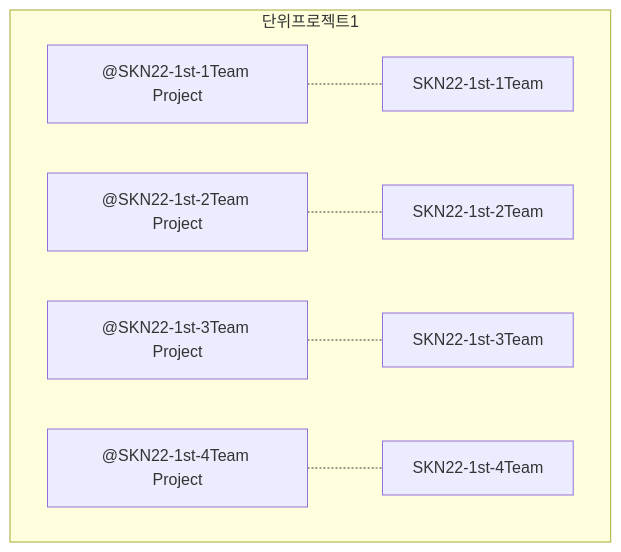
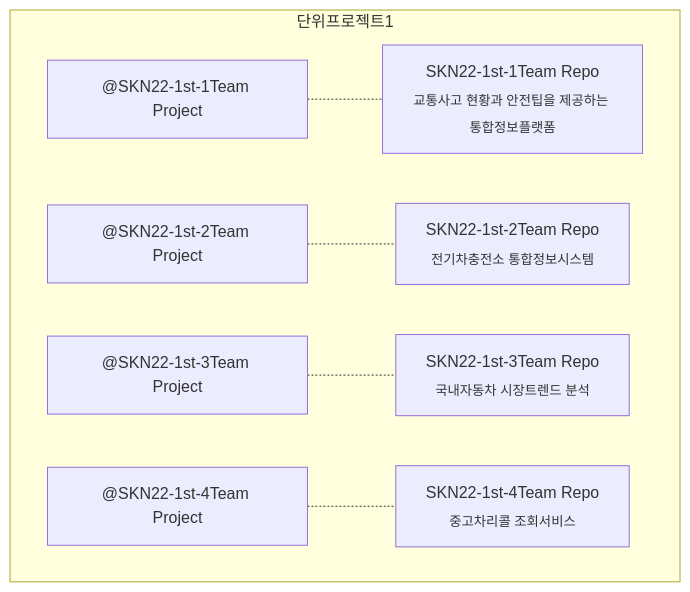
The second of 2 diagrams in profile/README.md (skn-ai22-251029/.github), drawn with Mermaid before and after one commit.

````diff
--- a/profile/README.md
+++ b/profile/README.md
@@ -38,34 +38,34 @@
 ```mermaid
 graph TD
     
     subgraph 단위프로젝트1
         A1[#64;SKN22-1st-1Team Project]
         A2[#64;SKN22-1st-2Team Project]
         A3[#64;SKN22-1st-3Team Project]
         A4[#64;SKN22-1st-4Team Project]
 
-        %% B1["SKN22-1st-1Team<br><sub>세부내용</sub>"]
-        B1[SKN22-1st-1Team<br>]
-        B2[SKN22-1st-2Team<br>]
-        B3[SKN22-1st-3Team<br>]
-        B4[SKN22-1st-4Team<br>]
+        %% B1["SKN22-1st-1Team Repo<br><sub>세부내용</sub>"]
+        B1[SKN22-1st-1Team Repo<br><sub>교통사고 현황과 안전팁을 제공하는 통합정보플랫폼</sub>]
+        B2[SKN22-1st-2Team Repo<br><sub>전기차충전소 통합정보시스템</sub>]
+        B3[SKN22-1st-3Team Repo<br><sub>국내자동차 시장트렌드 분석</sub>]
+        B4[SKN22-1st-4Team Repo<br><sub>중고차리콜 조회서비스</sub>]
 
         A1 -.- B1
         A2 -.- B2
         A3 -.- B3
         A4 -.- B4
 
             
 
     end
     click A1 "https://github.com/orgs/skn-ai22-251029/projects/5" "SKN22-1st-1Team"
     click A2 "https://github.com/orgs/skn-ai22-251029/projects/6" "SKN22-1st-2Team"
     click A3 "https://github.com/orgs/skn-ai22-251029/projects/7" "SKN22-1st-3Team"
     click A4 "https://github.com/orgs/skn-ai22-251029/projects/8" "SKN22-1st-4Team"
 
     click B1 "https://github.com/skn-ai22-251029/SKN22-1st-1Team" "SKN22-1st-1Team"
     click B2 "https://github.com/skn-ai22-251029/SKN22-1st-2Team" "SKN22-1st-2Team"
     click B3 "https://github.com/skn-ai22-251029/SKN22-1st-3Team" "SKN22-1st-3Team"
     click B4 "https://github.com/skn-ai22-251029/SKN22-1st-4Team" "SKN22-1st-4Team"
 
 ```
````
